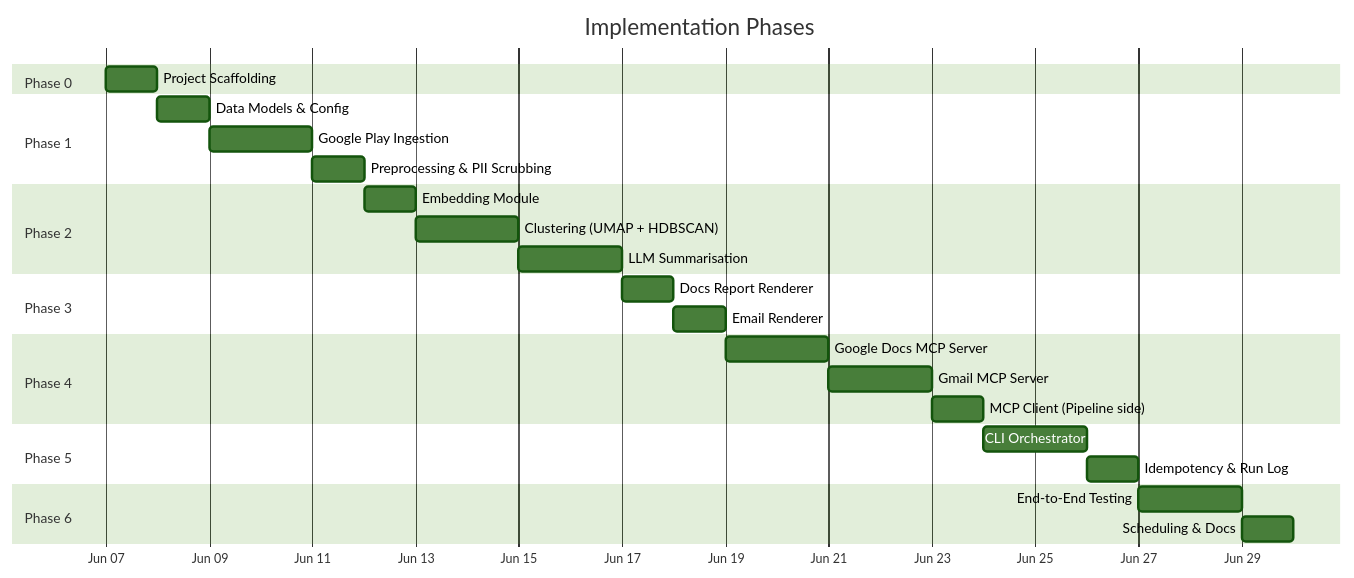
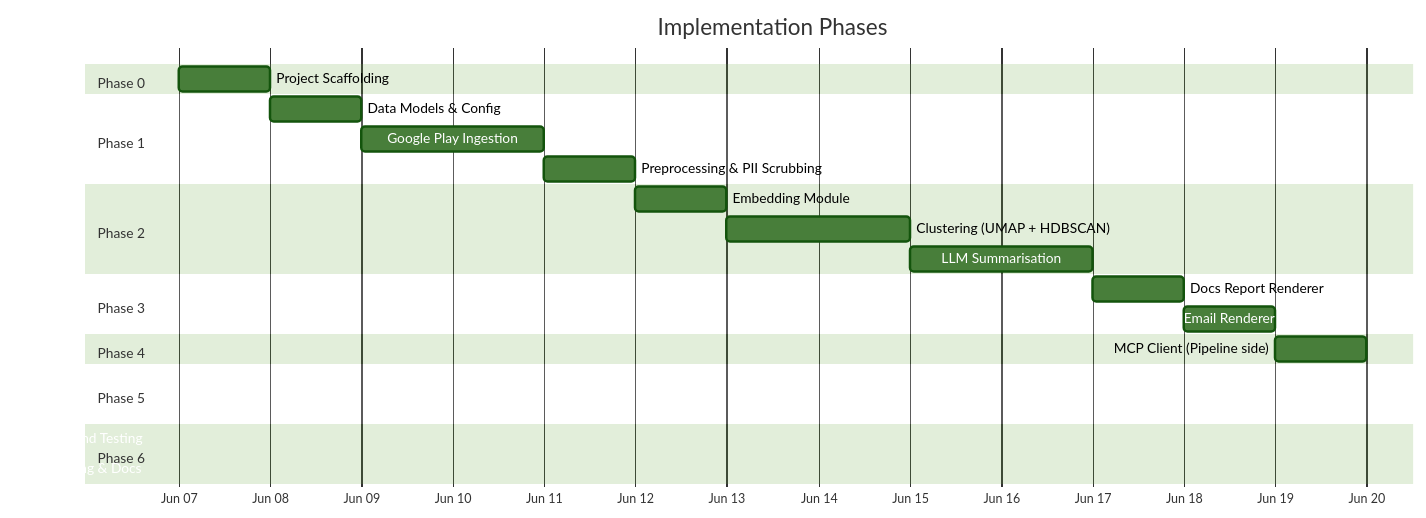
Before and after one commit to Ashishbhardwaj97/GrowwReview: the first of 2 diagrams in docs/implementation-plan.md, drawn with Mermaid (forest theme). The commit also changed other lines of this file and 34 other files, not shown here.

````diff
--- a/docs/implementation-plan.md
+++ b/docs/implementation-plan.md
@@ -13,36 +13,34 @@
 ```mermaid
 gantt
     title Implementation Phases
     dateFormat  YYYY-MM-DD
     axisFormat  %b %d
 
     section Phase 0
     Project Scaffolding            :p0, 2026-06-07, 1d
 
     section Phase 1
     Data Models & Config           :p1a, after p0, 1d
     Google Play Ingestion          :p1b, after p1a, 2d
     Preprocessing & PII Scrubbing  :p1c, after p1b, 1d
 
     section Phase 2
     Embedding Module               :p2a, after p1c, 1d
     Clustering (UMAP + HDBSCAN)    :p2b, after p2a, 2d
     LLM Summarisation              :p2c, after p2b, 2d
 
     section Phase 3
     Docs Report Renderer           :p3a, after p2c, 1d
     Email Renderer                 :p3b, after p3a, 1d
 
     section Phase 4
-    Google Docs MCP Server         :p4a, after p3b, 2d
-    Gmail MCP Server               :p4b, after p4a, 2d
-    MCP Client (Pipeline side)     :p4c, after p4b, 1d
+    MCP Client (Pipeline side)     :p4a, after p3b, 1d
 
     section Phase 5
     CLI Orchestrator               :p5a, after p4c, 2d
     Idempotency & Run Log          :p5b, after p5a, 1d
 
     section Phase 6
     End-to-End Testing             :p6a, after p5b, 2d
     Scheduling & Docs              :p6b, after p6a, 1d
 ```
````
